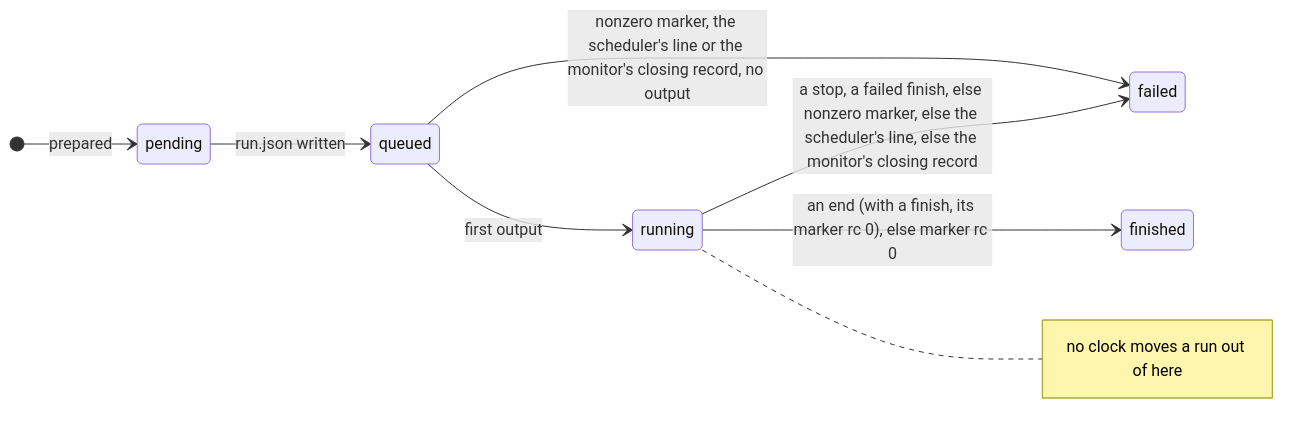
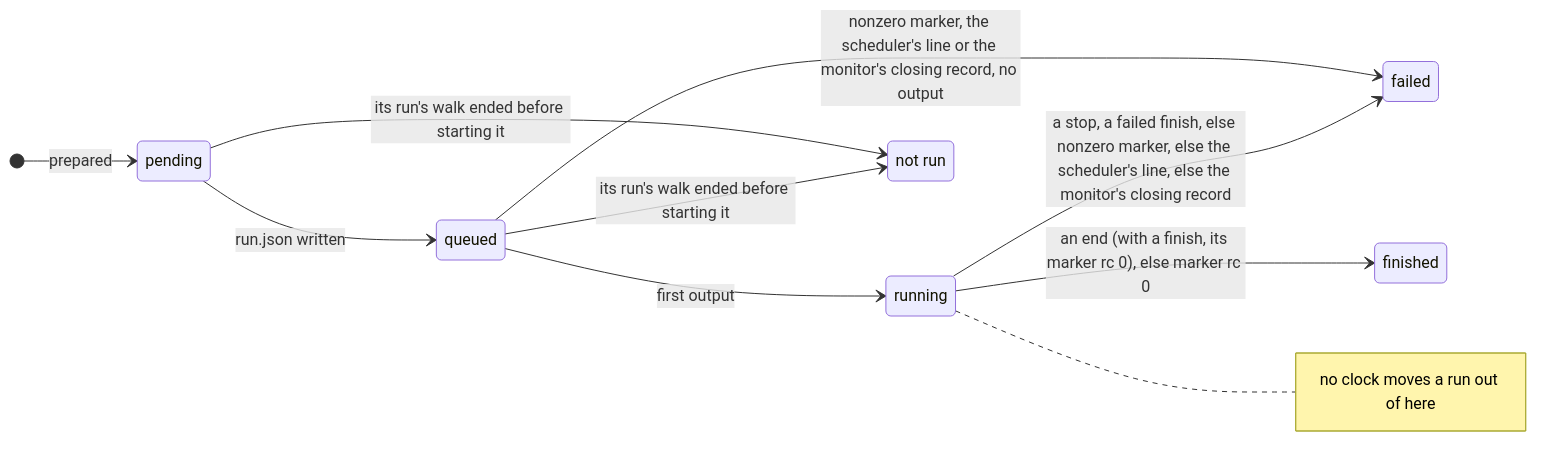
One commit to Qing-LAB/molbuilder changed the fourth of 6 diagrams in docs/execution/running-a-job.md. Above: the diagram before and after it, drawn with Mermaid. The commit also changed other lines of this file and 53 other files, not shown here.

````diff
--- a/docs/execution/running-a-job.md
+++ b/docs/execution/running-a-job.md
@@ -981,11 +983,14 @@
 ```mermaid
 stateDiagram-v2
     direction LR
     [*] --> pending: prepared
     pending --> queued: run.json written
     queued --> running: first output
     queued --> failed: nonzero marker, the scheduler's line or the monitor's closing record, no output
     running --> finished: an end (with a finish, its marker rc 0), else marker rc 0
     running --> failed: a stop, a failed finish, else nonzero marker, else the scheduler's line, else the monitor's closing record
+    pending --> notrun: its run's walk ended before starting it
+    queued --> notrun: its run's walk ended before starting it
+    notrun: not run
     note right of running: no clock moves a run out of here
 ```
````
